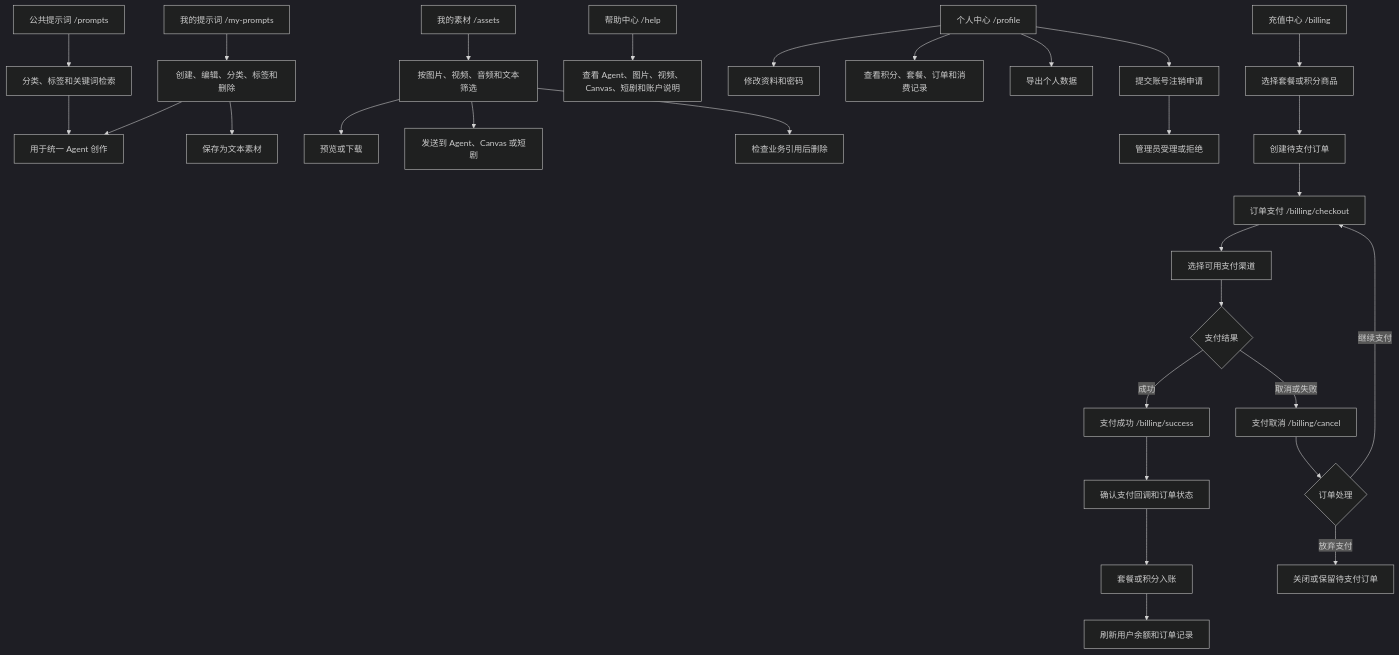
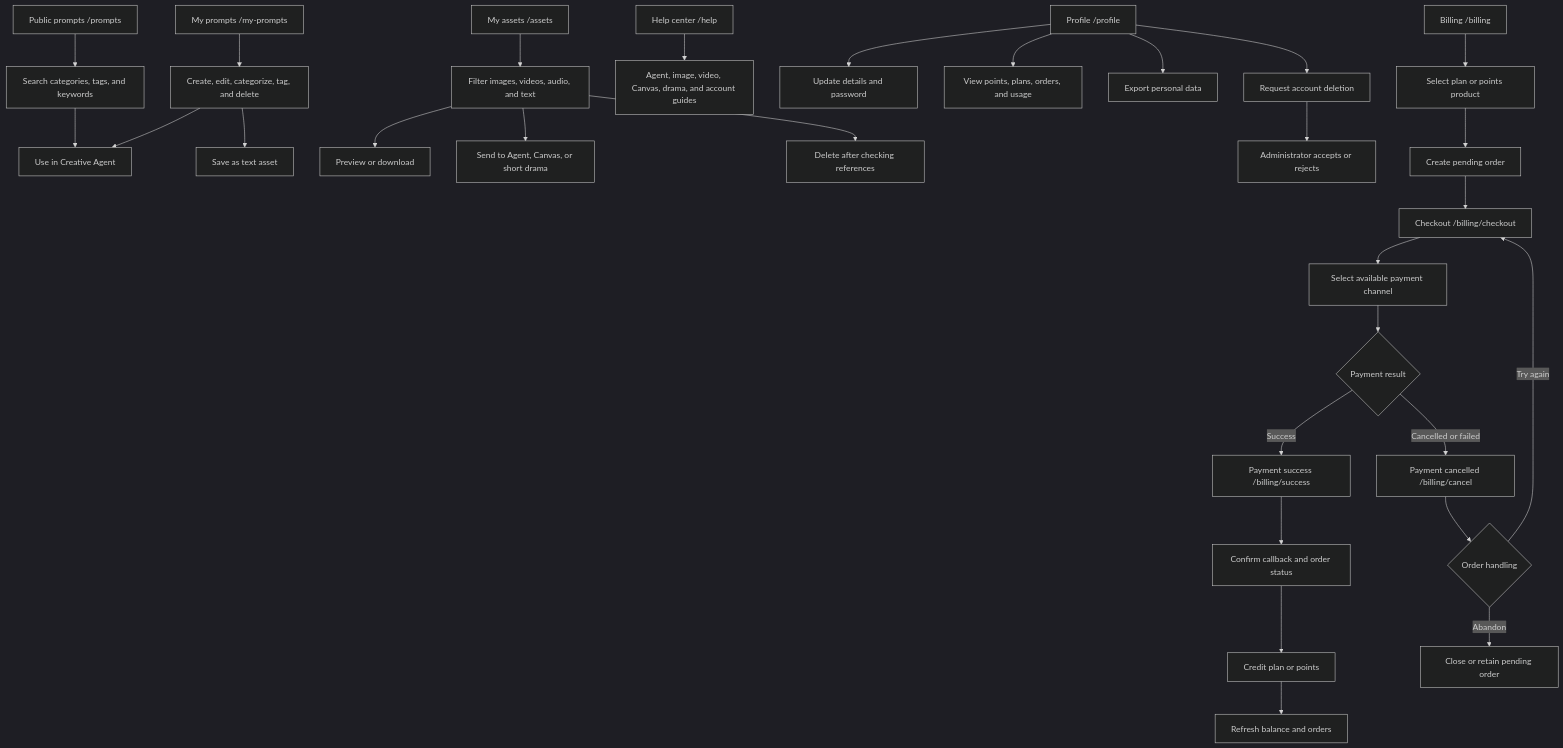
The sixth of 9 diagrams in README.md (fandy20082008/GoldCube), drawn with Mermaid (dark theme) before and after one commit. The commit also changed other lines of this file, not shown here.

````diff
--- a/README.md
+++ b/README.md
@@ -225,38 +224,38 @@
 ```mermaid
 flowchart TB
-    PROMPTS["公共提示词 /prompts"] --> FIND["分类、标签和关键词检索"]
-    FIND --> USE["用于统一 Agent 创作"]
+    PROMPTS["Public prompts /prompts"] --> FIND["Search categories, tags, and keywords"]
+    FIND --> USE["Use in Creative Agent"]
 
-    MY["我的提示词 /my-prompts"] --> MANAGE["创建、编辑、分类、标签和删除"]
-    MANAGE --> SAVE_ASSET["保存为文本素材"]
+    MY["My prompts /my-prompts"] --> MANAGE["Create, edit, categorize, tag, and delete"]
+    MANAGE --> SAVE_ASSET["Save as text asset"]
     MANAGE --> USE
 
-    ASSETS["我的素材 /assets"] --> FILTER["按图片、视频、音频和文本筛选"]
-    FILTER --> PREVIEW["预览或下载"]
-    FILTER --> CONTINUE["发送到 Agent、Canvas 或短剧"]
-    FILTER --> DELETE["检查业务引用后删除"]
+    ASSETS["My assets /assets"] --> FILTER["Filter images, videos, audio, and text"]
+    FILTER --> PREVIEW["Preview or download"]
+    FILTER --> CONTINUE["Send to Agent, Canvas, or short drama"]
+    FILTER --> DELETE["Delete after checking references"]
 
-    HELP["帮助中心 /help"] --> GUIDE["查看 Agent、图片、视频、Canvas、短剧和账户说明"]
+    HELP["Help center /help"] --> GUIDE["Agent, image, video, Canvas, drama, and account guides"]
 
-    PROFILE["个人中心 /profile"] --> INFO["修改资料和密码"]
-    PROFILE --> RIGHTS["查看积分、套餐、订单和消费记录"]
-    PROFILE --> EXPORT["导出个人数据"]
-    PROFILE --> CANCEL_ACCOUNT["提交账号注销申请"]
-    CANCEL_ACCOUNT --> ADMIN_REVIEW["管理员受理或拒绝"]
+    PROFILE["Profile /profile"] --> INFO["Update details and password"]
+    PROFILE --> RIGHTS["View points, plans, orders, and usage"]
+    PROFILE --> EXPORT["Export personal data"]
+    PROFILE --> CANCEL_ACCOUNT["Request account deletion"]
+    CANCEL_ACCOUNT --> ADMIN_REVIEW["Administrator accepts or rejects"]
 
-    BILLING["充值中心 /billing"] --> PRODUCT["选择套餐或积分商品"]
-    PRODUCT --> ORDER["创建待支付订单"]
-    ORDER --> CHECKOUT["订单支付 /billing/checkout"]
-    CHECKOUT --> CHANNEL["选择可用支付渠道"]
-    CHANNEL --> PAY{"支付结果"}
+    BILLING["Billing /billing"] --> PRODUCT["Select plan or points product"]
+    PRODUCT --> ORDER["Create pending order"]
+    ORDER --> CHECKOUT["Checkout /billing/checkout"]
+    CHECKOUT --> CHANNEL["Select available payment channel"]
+    CHANNEL --> PAY{"Payment result"}
 
-    PAY -->|成功| SUCCESS["支付成功 /billing/success"]
-    SUCCESS --> CONFIRM["确认支付回调和订单状态"]
-    CONFIRM --> GRANT["套餐或积分入账"]
-    GRANT --> REFRESH["刷新用户余额和订单记录"]
+    PAY -->|Success| SUCCESS["Payment success /billing/success"]
+    SUCCESS --> CONFIRM["Confirm callback and order status"]
+    CONFIRM --> GRANT["Credit plan or points"]
+    GRANT --> REFRESH["Refresh balance and orders"]
 
-    PAY -->|取消或失败| CANCEL["支付取消 /billing/cancel"]
-    CANCEL --> CHOICE{"订单处理"}
-    CHOICE -->|继续支付| CHECKOUT
-    CHOICE -->|放弃支付| CLOSE["关闭或保留待支付订单"]
+    PAY -->|Cancelled or failed| CANCEL["Payment cancelled /billing/cancel"]
+    CANCEL --> CHOICE{"Order handling"}
+    CHOICE -->|Try again| CHECKOUT
+    CHOICE -->|Abandon| CLOSE["Close or retain pending order"]
 ```
````
